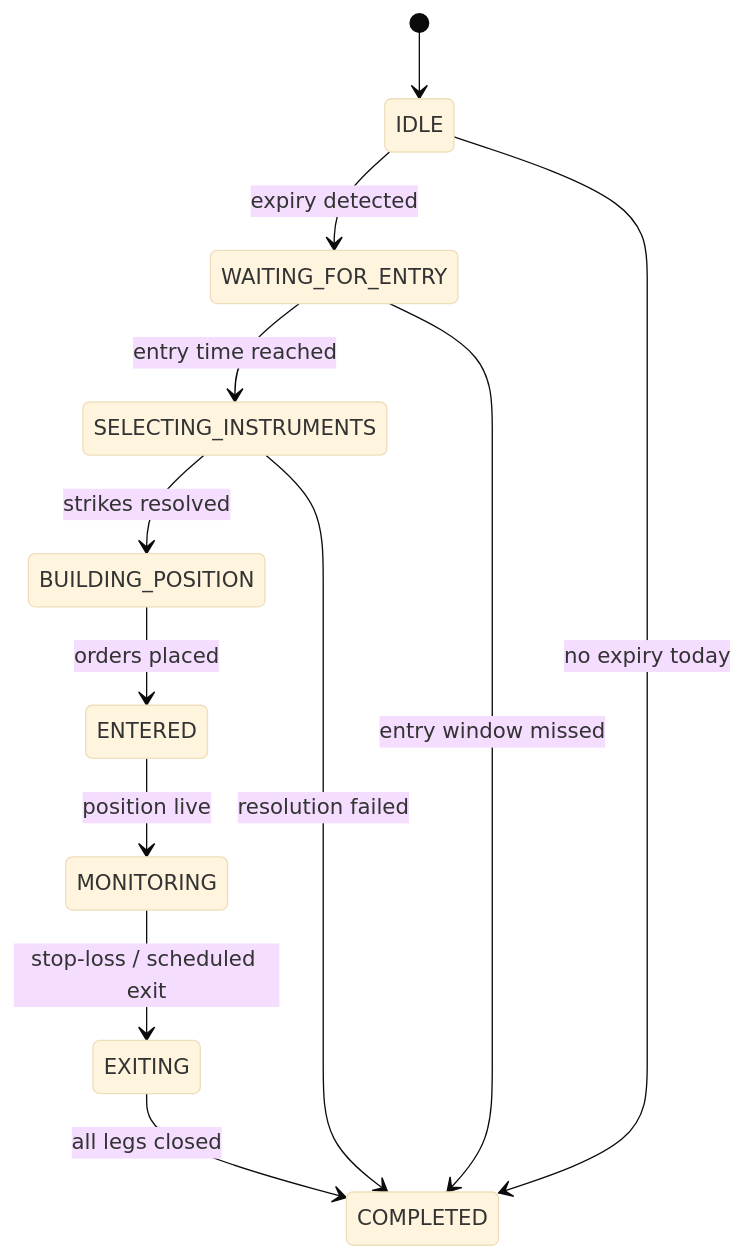
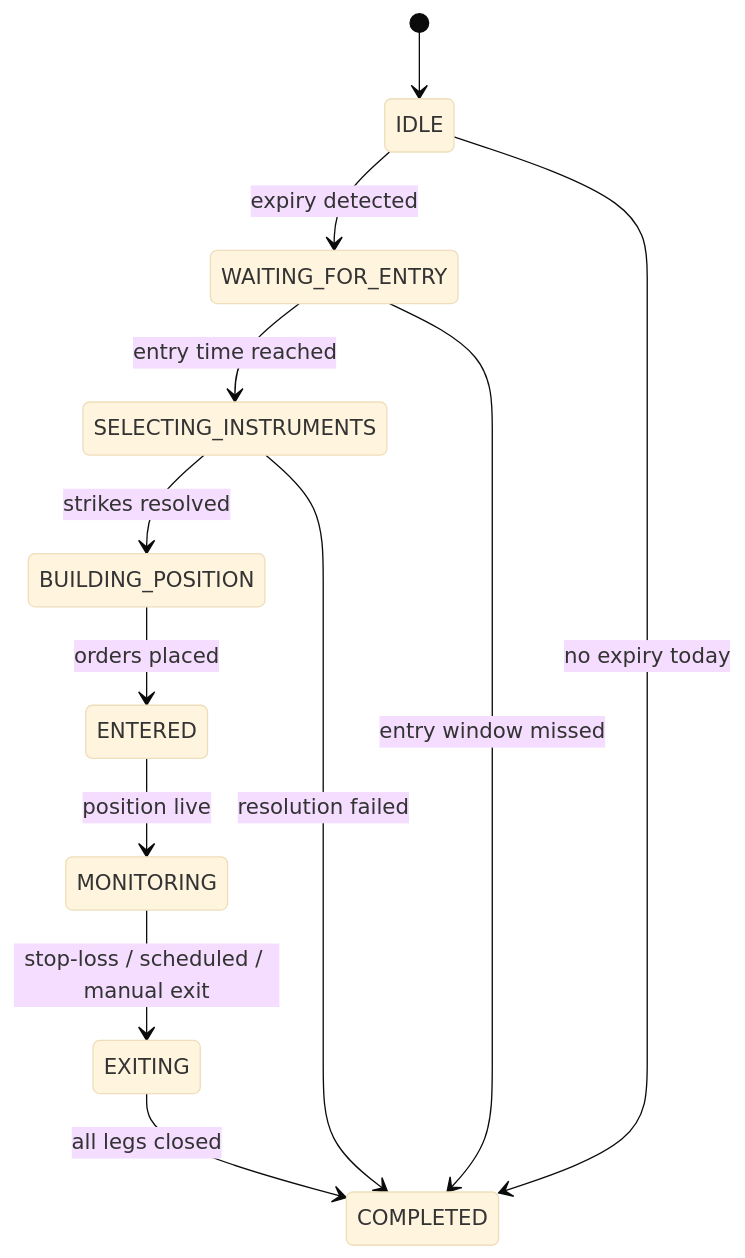
The second of 2 diagrams in README.md (reck98/ratio-spread), drawn with Mermaid (base theme) before and after one commit. The commit also changed other lines of this file and 10 other files, not shown here.

Commit message:
feat: implement manual exit

````diff
--- a/README.md
+++ b/README.md
@@ -260,14 +263,14 @@
 ```mermaid
 stateDiagram-v2
     [*] --> IDLE
     IDLE --> WAITING_FOR_ENTRY : expiry detected
     WAITING_FOR_ENTRY --> SELECTING_INSTRUMENTS : entry time reached
     SELECTING_INSTRUMENTS --> BUILDING_POSITION : strikes resolved
     BUILDING_POSITION --> ENTERED : orders placed
     ENTERED --> MONITORING : position live
-    MONITORING --> EXITING : stop-loss / scheduled exit
+    MONITORING --> EXITING : stop-loss / scheduled / manual exit
     EXITING --> COMPLETED : all legs closed
     IDLE --> COMPLETED : no expiry today
     WAITING_FOR_ENTRY --> COMPLETED : entry window missed
     SELECTING_INSTRUMENTS --> COMPLETED : resolution failed
 ```
````
